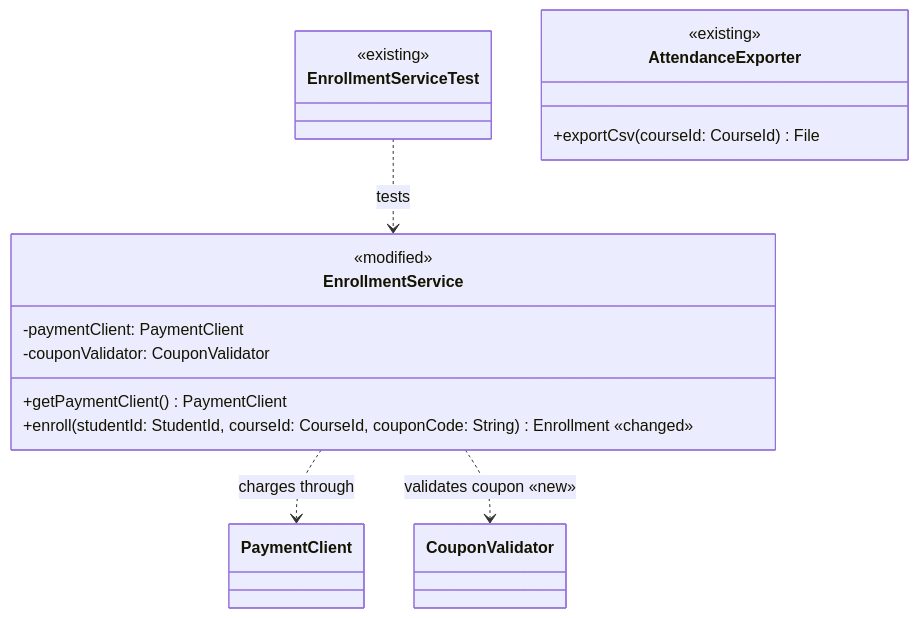
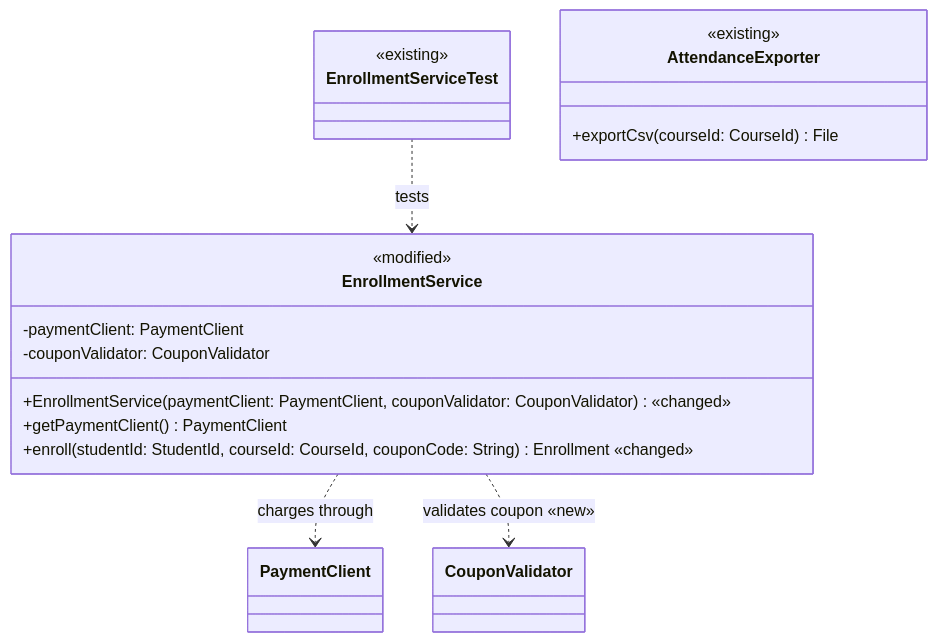
The sixth of 6 diagrams in .agents/skills/plan-with-class-diagram/rules/類別圖提案-格式規範.md (AI-x-BDD/s-aixbdd-spec-kit), drawn with Mermaid before and after one commit. The commit also changed other lines of this file and 7 other files, not shown here.

First line of the commit message:
fix(plan-with-class-diagram): 處理實跑回報的五個卡點

````diff
--- a/.agents/skills/plan-with-class-diagram/rules/類別圖提案-格式規範.md
+++ b/.agents/skills/plan-with-class-diagram/rules/類別圖提案-格式規範.md
@@ -130,23 +164,24 @@
 ```mermaid
 classDiagram
     EnrollmentService ..> PaymentClient : charges through
     EnrollmentService ..> CouponValidator : validates coupon «new»
     EnrollmentServiceTest ..> EnrollmentService : tests
 
     class EnrollmentService:::changed {
         <<modified>>
         -paymentClient: PaymentClient
         -couponValidator: CouponValidator
+        +EnrollmentService(paymentClient: PaymentClient, couponValidator: CouponValidator) «changed»
         +getPaymentClient() PaymentClient
         +enroll(studentId: StudentId, courseId: CourseId, couponCode: String) Enrollment «changed»
     }
 
     class AttendanceExporter:::kept {
         <<existing>>
         +exportCsv(courseId: CourseId) File
     }
 
     class EnrollmentServiceTest:::kept {
         <<existing>>
     }
 ```
````
